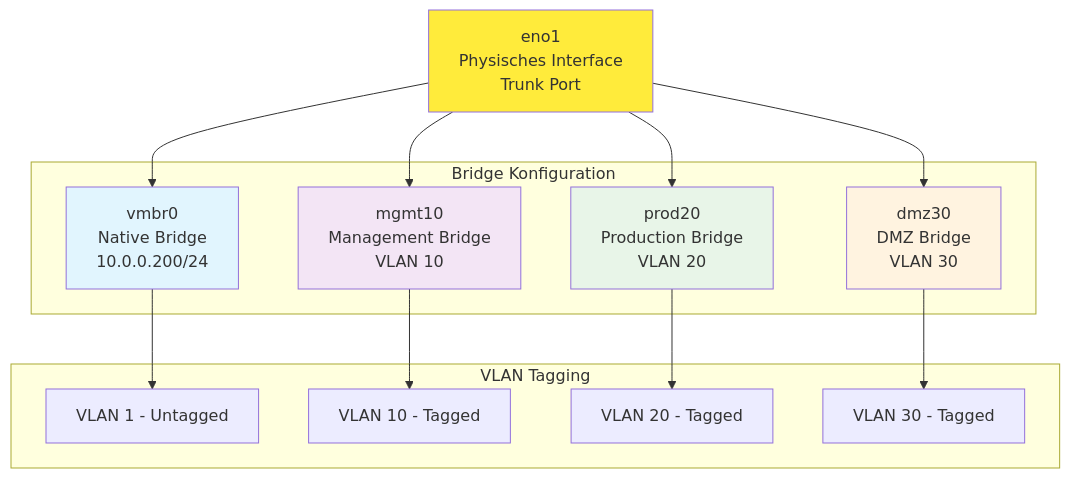
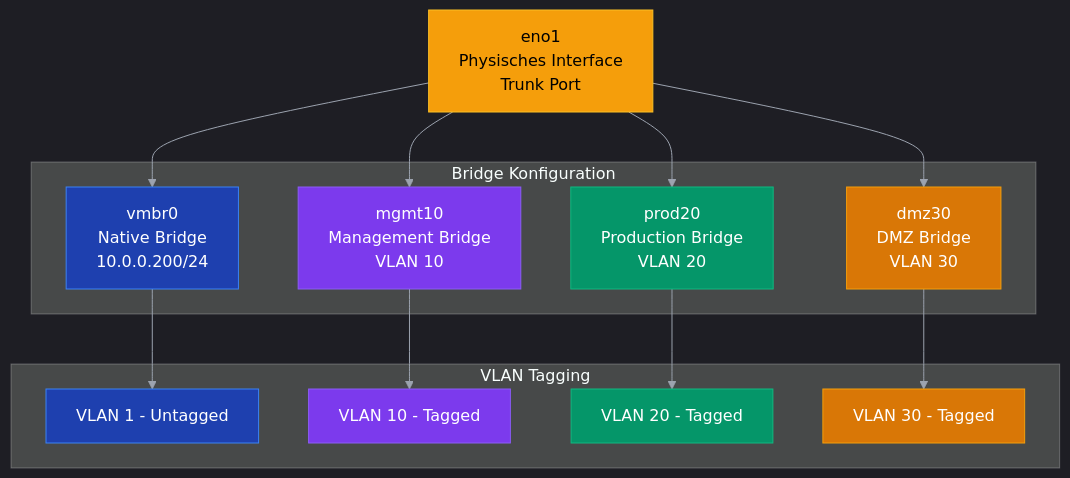
The diagram in ne_instal.md (ErikSlevin/proxmox), drawn with Mermaid before and after one commit. The commit also changed other lines of this file, not shown here.

````diff
--- a/ne_instal.md
+++ b/ne_instal.md
@@ -181,34 +180,39 @@
 ```mermaid
+%%{init: {'theme':'dark','themeVariables':{'primaryColor':'#4f46e5','primaryTextColor':'#e5e7eb','primaryBorderColor':'#6b7280','lineColor':'#9ca3af','background':'#1f2937','secondaryColor':'#374151','tertiaryColor':'#111827'}}}%%
 graph TD
     Physical[eno1<br/>Physisches Interface<br/>Trunk Port]
     
     subgraph "Bridge Konfiguration"
         vmbr0[vmbr0<br/>Native Bridge<br/>10.0.0.200/24]
         mgmt10[mgmt10<br/>Management Bridge<br/>VLAN 10]
         prod20[prod20<br/>Production Bridge<br/>VLAN 20]
         dmz30[dmz30<br/>DMZ Bridge<br/>VLAN 30]
     end
     
     subgraph "VLAN Tagging"
         Native[VLAN 1 - Untagged]
         Tag10[VLAN 10 - Tagged]
         Tag20[VLAN 20 - Tagged]
         Tag30[VLAN 30 - Tagged]
     end
     
     Physical --> vmbr0
     Physical --> mgmt10
     Physical --> prod20
     Physical --> dmz30
     
     vmbr0 --> Native
     mgmt10 --> Tag10
     prod20 --> Tag20
     dmz30 --> Tag30
     
-    style Physical fill:#ffeb3b
-    style vmbr0 fill:#e1f5fe
-    style mgmt10 fill:#f3e5f5
-    style prod20 fill:#e8f5e8
-    style dmz30 fill:#fff3e0
+    style Physical fill:#f59e0b,stroke:#fbbf24,color:#000000
+    style vmbr0 fill:#1e40af,stroke:#3b82f6,color:#ffffff
+    style mgmt10 fill:#7c3aed,stroke:#8b5cf6,color:#ffffff
+    style prod20 fill:#059669,stroke:#10b981,color:#ffffff
+    style dmz30 fill:#d97706,stroke:#f59e0b,color:#ffffff
+    style Native fill:#1e40af,stroke:#3b82f6,color:#ffffff
+    style Tag10 fill:#7c3aed,stroke:#8b5cf6,color:#ffffff
+    style Tag20 fill:#059669,stroke:#10b981,color:#ffffff
+    style Tag30 fill:#d97706,stroke:#f59e0b,color:#ffffff
 ```
````
